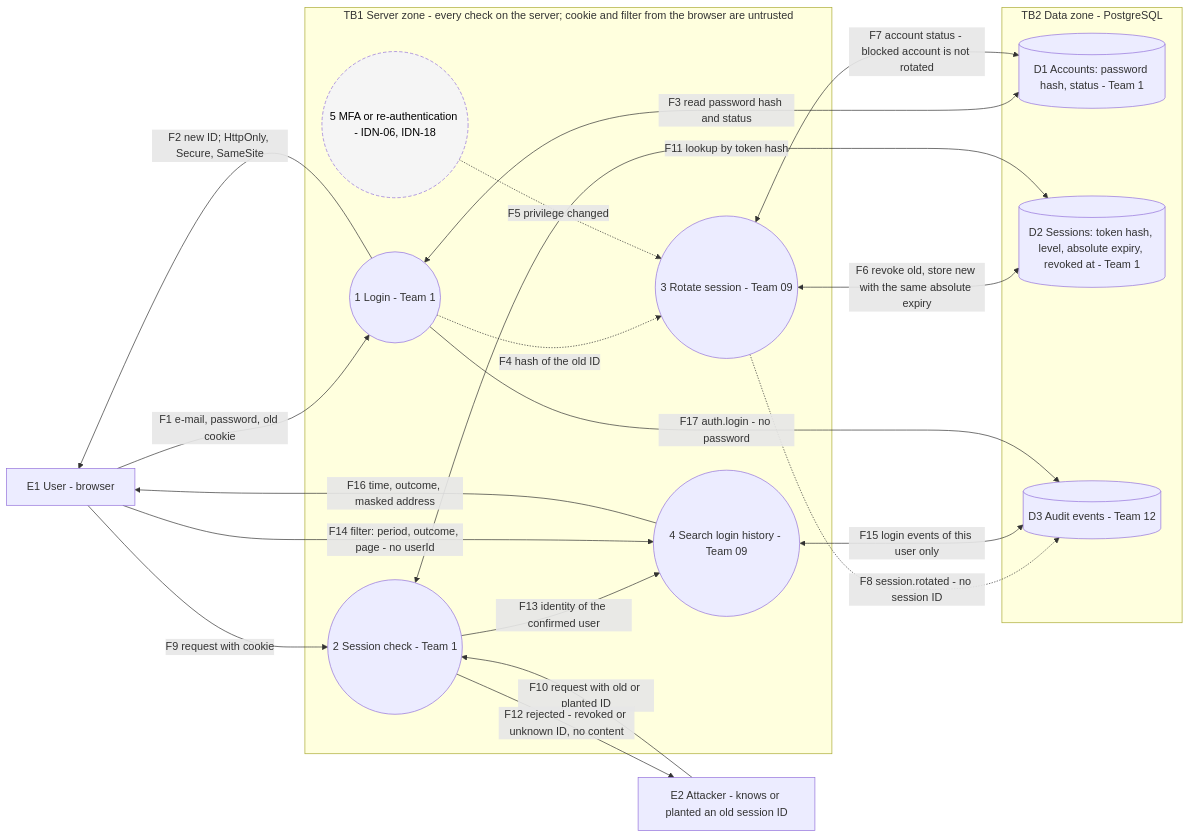
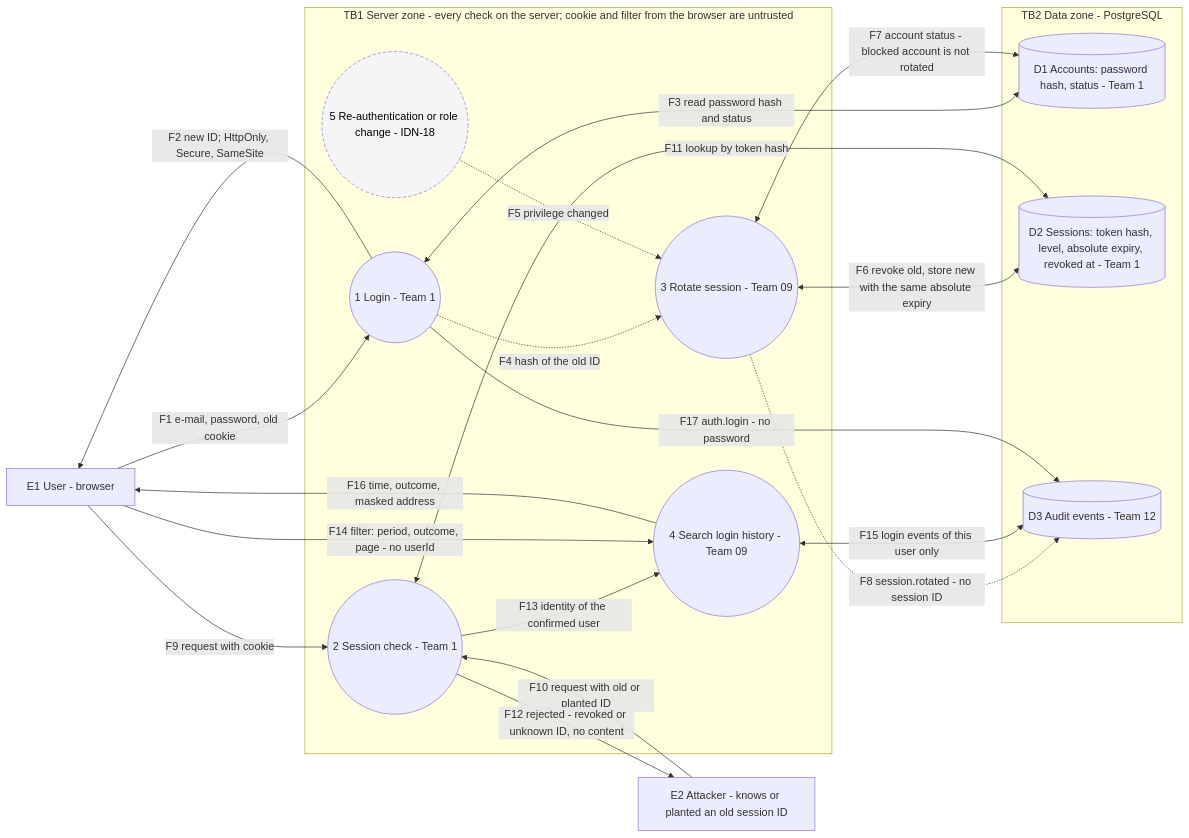
Before and after one commit to owlCoder/security-lab: the second of 2 diagrams in docs/components/identity/IDN-11_IDN-22.md, drawn with Mermaid. The commit also changed other lines of this file, not shown here.

Commit message:
IDN-11: document MFA session replacement and host skeleton trade-offs

````diff
--- a/docs/components/identity/IDN-11_IDN-22.md
+++ b/docs/components/identity/IDN-11_IDN-22.md
@@ -129,40 +129,40 @@
 ```mermaid
 flowchart LR
   E1["E1 User - browser"]
   E2["E2 Attacker - knows or planted an old session ID"]
 
   subgraph TB1["TB1 Server zone - every check on the server; cookie and filter from the browser are untrusted"]
     P1(("1 Login - Team 1"))
     P2(("2 Session check - Team 1"))
     P3(("3 Rotate session - Team 09"))
     P4(("4 Search login history - Team 09"))
-    P5(("5 MFA or re-authentication - IDN-06, IDN-18"))
+    P5(("5 Re-authentication or role change - IDN-18"))
   end
 
   subgraph TB2["TB2 Data zone - PostgreSQL"]
     D1[("D1 Accounts: password hash, status - Team 1")]
     D2[("D2 Sessions: token hash, level, absolute expiry, revoked at - Team 1")]
     D3[("D3 Audit events - Team 12")]
   end
 
   E1 -->|"F1 e-mail, password, old cookie"| P1
   P1 -->|"F2 new ID; HttpOnly, Secure, SameSite"| E1
   P1 <-->|"F3 read password hash and status"| D1
   P1 -.->|"F4 hash of the old ID"| P3
   P5 -.->|"F5 privilege changed"| P3
   P3 <-->|"F6 revoke old, store new with the same absolute expiry"| D2
   P3 <-->|"F7 account status - blocked account is not rotated"| D1
   P3 -.->|"F8 session.rotated - no session ID"| D3
   E1 -->|"F9 request with cookie"| P2
   E2 -->|"F10 request with old or planted ID"| P2
   P2 <-->|"F11 lookup by token hash"| D2
   P2 -->|"F12 rejected - revoked or unknown ID, no content"| E2
   P2 -->|"F13 identity of the confirmed user"| P4
   E1 -->|"F14 filter: period, outcome, page - no userId"| P4
   P4 <-->|"F15 login events of this user only"| D3
   P4 -->|"F16 time, outcome, masked address"| E1
   P1 -->|"F17 auth.login - no password"| D3
 
   classDef planned stroke-dasharray: 5 3,fill:#f5f5f5,color:#000;
   class P5 planned;
 ```
````
